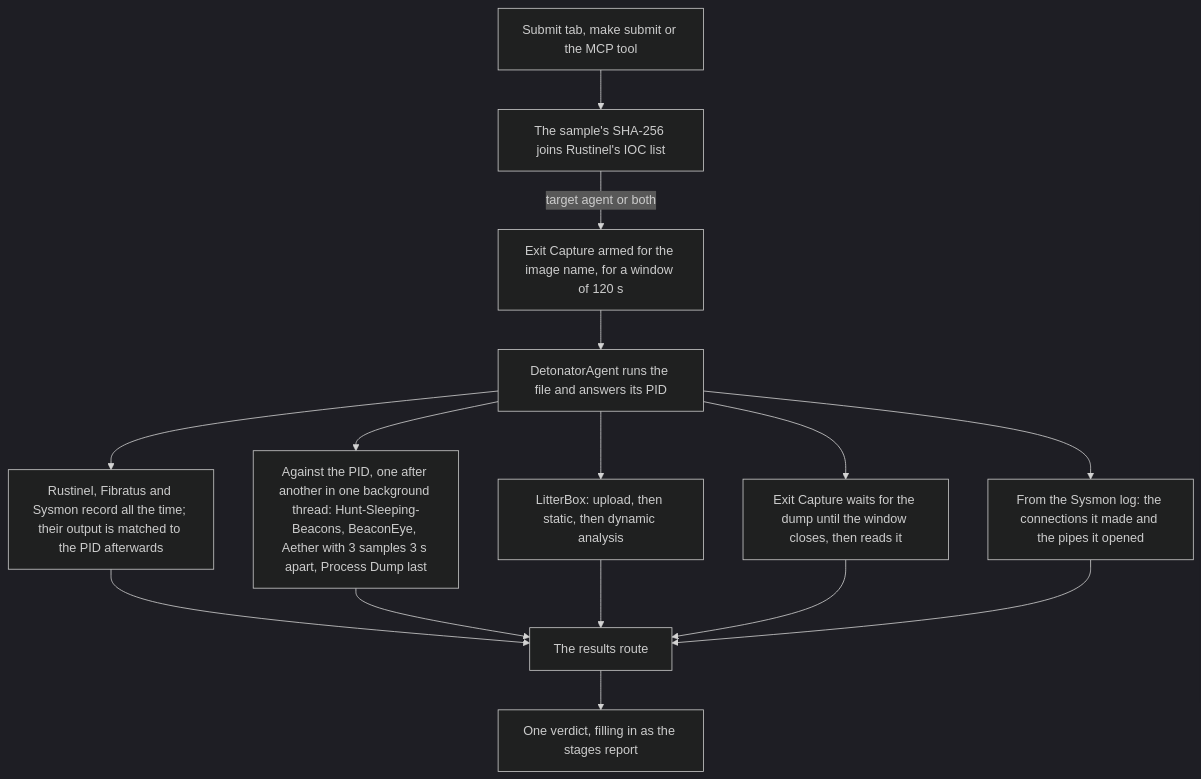
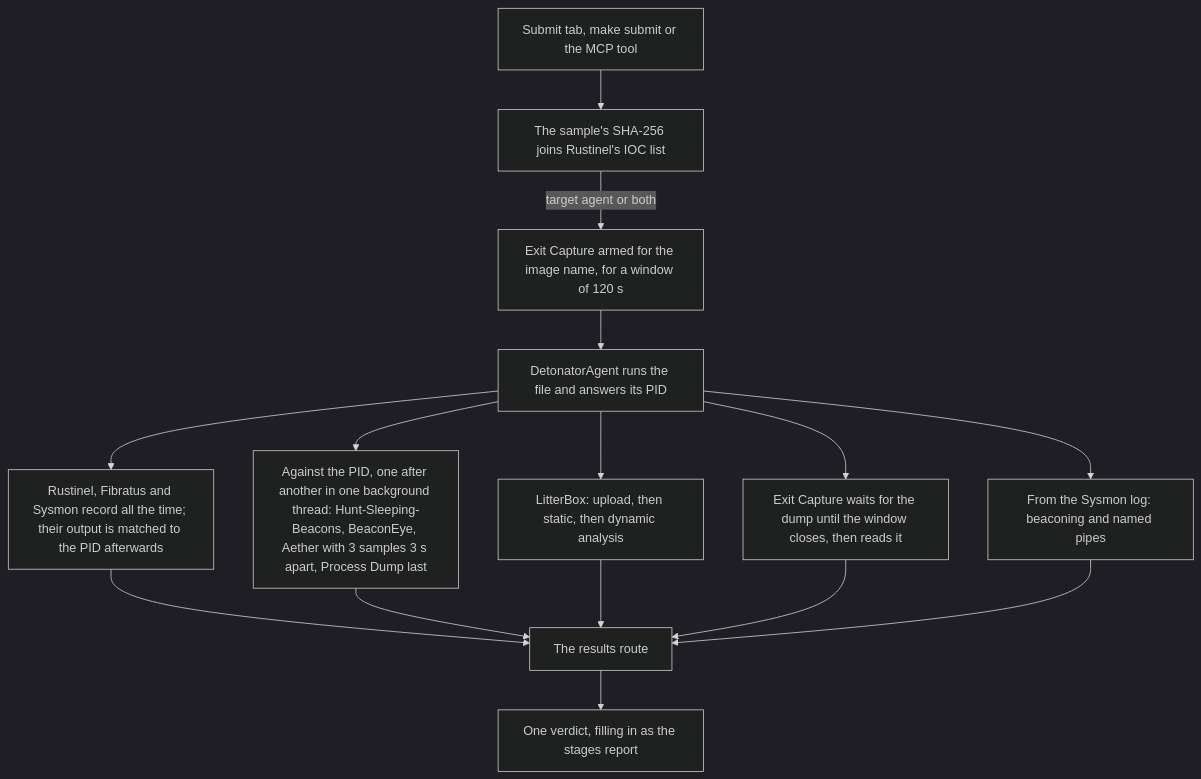
The diagram in _posts/2026-06-13-transportable-detonation-chamber.md (BenjiTrapp/benjitrapp.github.io), drawn with Mermaid (dark theme) before and after one commit. The commit also changed other lines of this file, not shown here.

```diff
--- a/_posts/2026-06-13-transportable-detonation-chamber.md
+++ b/_posts/2026-06-13-transportable-detonation-chamber.md
@@ -203,17 +203,17 @@
 <pre class="mermaid">
 flowchart TB
     SUBMIT["Submit tab, make submit or the MCP tool"] --> IOC["The sample's SHA-256 joins Rustinel's IOC list"]
     IOC -->|"target agent or both"| ARM["Exit Capture armed for the image name, for a window of 120 s"]
     ARM --> RUN["DetonatorAgent runs the file and answers its PID"]
     RUN --> ENGINES["Rustinel, Fibratus and Sysmon record all the time; their output is matched to the PID afterwards"]
     RUN --> MEM["Against the PID, one after another in one background thread: Hunt-Sleeping-Beacons, BeaconEye, Aether with 3 samples 3 s apart, Process Dump last"]
     RUN --> LB["LitterBox: upload, then static, then dynamic analysis"]
     RUN --> EXIT["Exit Capture waits for the dump until the window closes, then reads it"]
-    RUN --> LOG["From the Sysmon log: the connections it made and the pipes it opened"]
+    RUN --> LOG["From the Sysmon log: beaconing and named pipes"]
     ENGINES --> RESULTS["The results route"]
     MEM --> RESULTS
     LB --> RESULTS
     EXIT --> RESULTS
     LOG --> RESULTS
     RESULTS --> VERDICT["One verdict, filling in as the stages report"]
 </pre>
```
